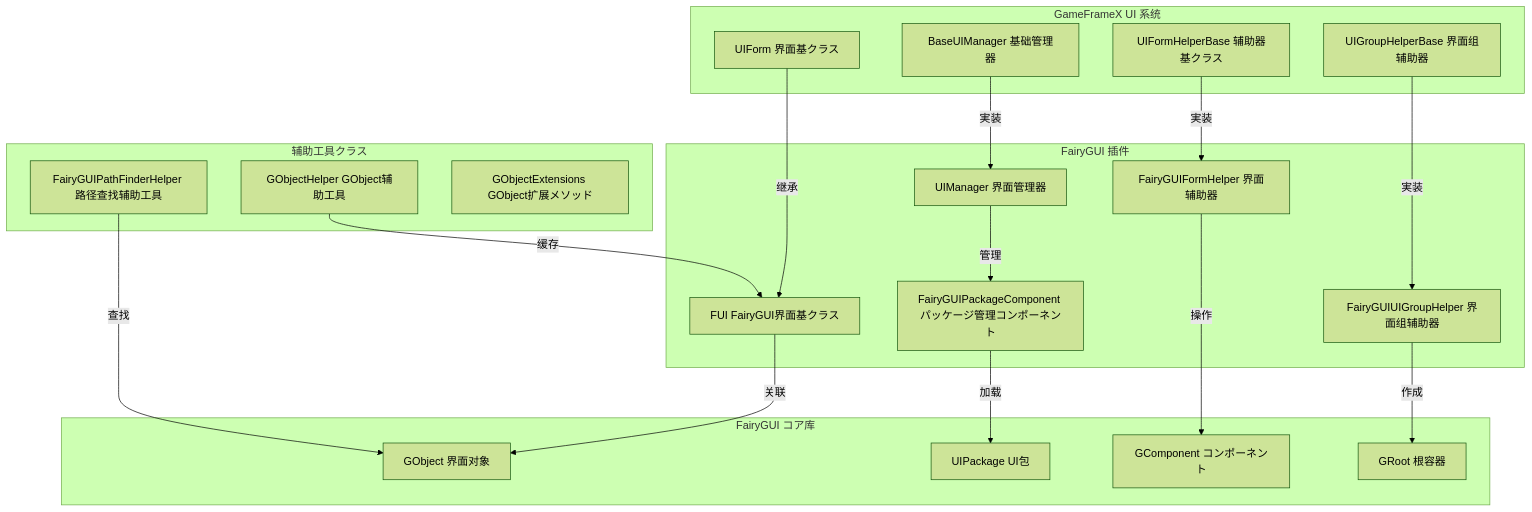
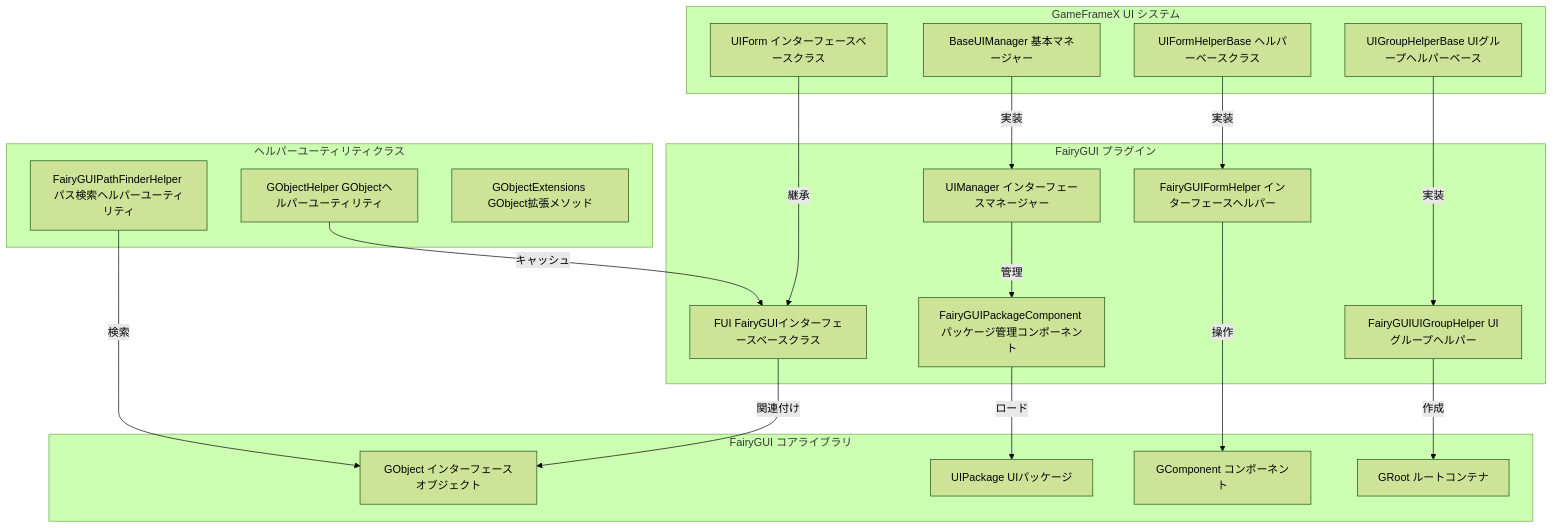
One commit to AlianBlank/GameFrameX.Docs changed the first of 2 diagrams in docs/ja/client/unity/component/ui-fairygui/01.overview.md. Above: the diagram before and after it, drawn with Mermaid (forest theme). The commit also changed other lines of this file and 320 other files, not shown here.

````diff
--- a/docs/ja/client/unity/component/ui-fairygui/01.overview.md
+++ b/docs/ja/client/unity/component/ui-fairygui/01.overview.md
@@ -13,44 +13,44 @@
 ```mermaid
 graph TD
-    subgraph GameFrameX_UI["GameFrameX UI 系统"]
-        UIForm[UIForm 界面基クラス]
-        BaseUIManager[BaseUIManager 基础管理器]
-        UIFormHelperBase[UIFormHelperBase 辅助器基クラス]
-        UIGroupHelperBase[UIGroupHelperBase 界面组辅助器]
+    subgraph GameFrameX_UI["GameFrameX UI システム"]
+        UIForm[UIForm インターフェースベースクラス]
+        BaseUIManager[BaseUIManager 基本マネージャー]
+        UIFormHelperBase[UIFormHelperBase ヘルパーベースクラス]
+        UIGroupHelperBase[UIGroupHelperBase UIグループヘルパーベース]
     end
 
-    subgraph FairyGUI_Plugin["FairyGUI 插件"]
-        FUI[FUI FairyGUI界面基クラス]
-        UIManager[UIManager 界面管理器]
-        FairyGUIFormHelper[FairyGUIFormHelper 界面辅助器]
-        FairyGUIUIGroupHelper[FairyGUIUIGroupHelper 界面组辅助器]
+    subgraph FairyGUI_Plugin["FairyGUI プラグイン"]
+        FUI[FUI FairyGUIインターフェースベースクラス]
+        UIManager[UIManager インターフェースマネージャー]
+        FairyGUIFormHelper[FairyGUIFormHelper インターフェースヘルパー]
+        FairyGUIUIGroupHelper[FairyGUIUIGroupHelper UIグループヘルパー]
         FairyGUIPackageComponent[FairyGUIPackageComponent パッケージ管理コンポーネント]
     end
 
-    subgraph FairyGUI_Core["FairyGUI コア库"]
-        GObject[GObject 界面对象]
-        UIPackage[UIPackage UI包]
+    subgraph FairyGUI_Core["FairyGUI コアライブラリ"]
+        GObject[GObject インターフェースオブジェクト]
+        UIPackage[UIPackage UIパッケージ]
         GComponent[GComponent コンポーネント]
-        GRoot[GRoot 根容器]
+        GRoot[GRoot ルートコンテナ]
     end
 
-    subgraph Helpers["辅助工具クラス"]
-        GObjectHelper[GObjectHelper GObject辅助工具]
-        FairyGUIPathFinderHelper[FairyGUIPathFinderHelper 路径查找辅助工具]
-        GObjectExtensions[GObjectExtensions GObject扩展メソッド]
+    subgraph Helpers["ヘルパーユーティリティクラス"]
+        GObjectHelper[GObjectHelper GObjectヘルパーユーティリティ]
+        FairyGUIPathFinderHelper[FairyGUIPathFinderHelper パス検索ヘルパーユーティリティ]
+        GObjectExtensions[GObjectExtensions GObject拡張メソッド]
     end
 
-    UIForm -->|继承| FUI
+    UIForm -->|継承| FUI
     BaseUIManager -->|実装| UIManager
     UIFormHelperBase -->|実装| FairyGUIFormHelper
     UIGroupHelperBase -->|実装| FairyGUIUIGroupHelper
-    
-    FUI -->|关联| GObject
+
+    FUI -->|関連付け| GObject
     UIManager -->|管理| FairyGUIPackageComponent
     FairyGUIFormHelper -->|操作| GComponent
     FairyGUIUIGroupHelper -->|作成| GRoot
-    
-    FairyGUIPackageComponent -->|加载| UIPackage
-    GObjectHelper -->|缓存| FUI
-    FairyGUIPathFinderHelper -->|查找| GObject
+
+    FairyGUIPackageComponent -->|ロード| UIPackage
+    GObjectHelper -->|キャッシュ| FUI
+    FairyGUIPathFinderHelper -->|検索| GObject
 ```
````
